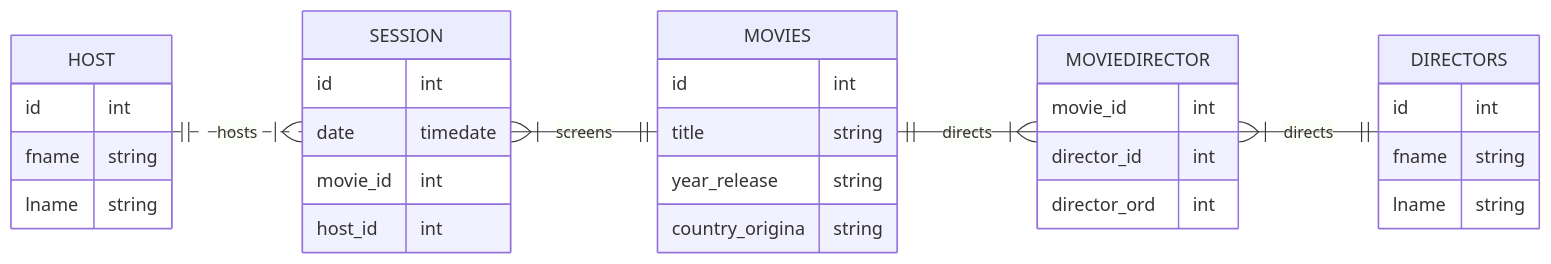
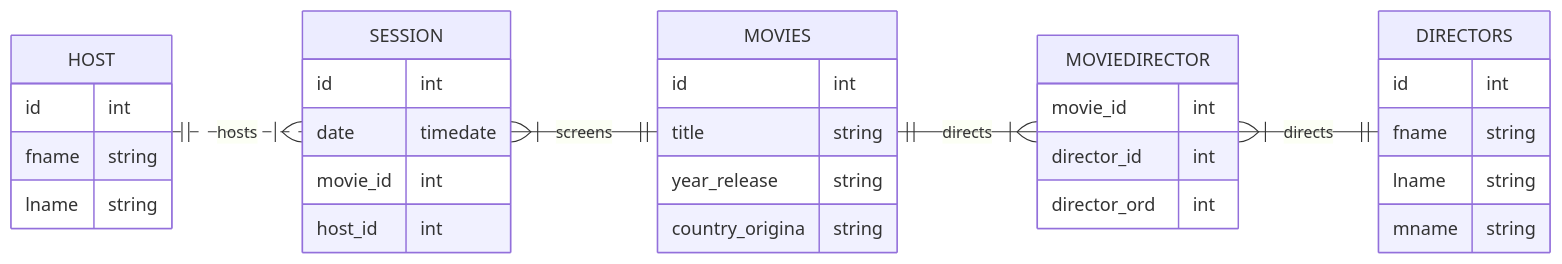
Before and after one commit to marcelomgarcia/MovieClubSched: the diagram in docs/database.md, drawn with Mermaid.

Commit message:
Added field for middle name

````diff
--- a/docs/database.md
+++ b/docs/database.md
@@ -12,36 +12,37 @@
 ```mermaid
 erDiagram
     direction LR
     MOVIES ||--|{ MOVIEDIRECTOR  : directs
     MOVIES {
         id int
         title string
         year_release string
         country_origina string
     }
     MOVIEDIRECTOR }|--|| DIRECTORS: directs
     MOVIEDIRECTOR {
         movie_id int
         director_id int
         director_ord int
     }
     DIRECTORS {
         id int
         fname string
         lname string
+        mname string
     }
     SESSION }|--|| MOVIES : screens
     SESSION {
         id int
         date timedate
         movie_id int
         host_id int
 
     }
     HOST ||..|{ SESSION : hosts
     HOST {
         id int
         fname string
         lname string
     }
 ```
````
